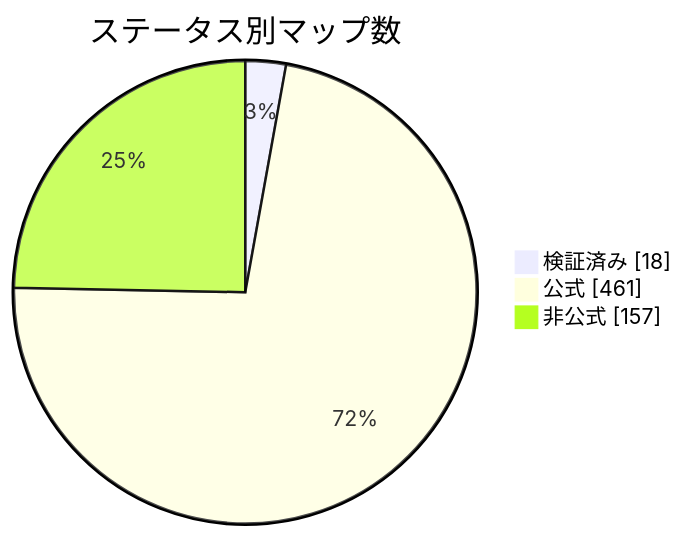
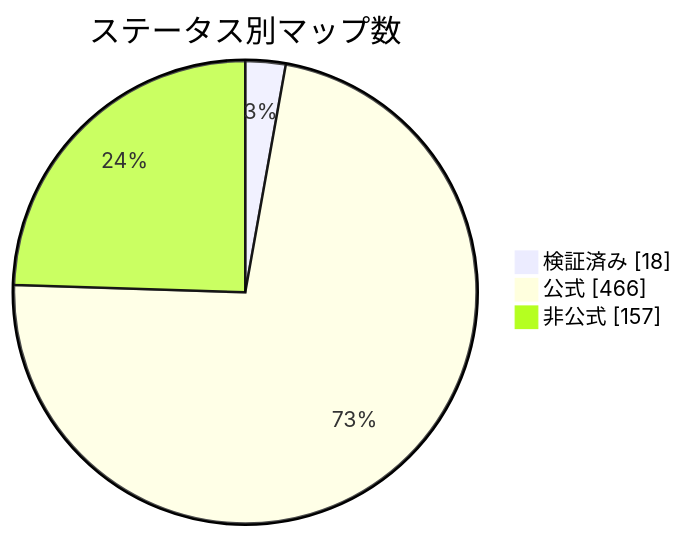
The diagram in docs/readme/README_JP.md (nobrega8/mbmap-library), drawn with Mermaid before and after one commit. The commit also changed 10 other files, not shown here.

````diff
--- a/docs/readme/README_JP.md
+++ b/docs/readme/README_JP.md
@@ -54,7 +54,7 @@
 ```mermaid
 pie showData
     title ステータス別マップ数
     "検証済み" : 18
-    "公式" : 461
+    "公式" : 466
     "非公式" : 157
 ```
````
